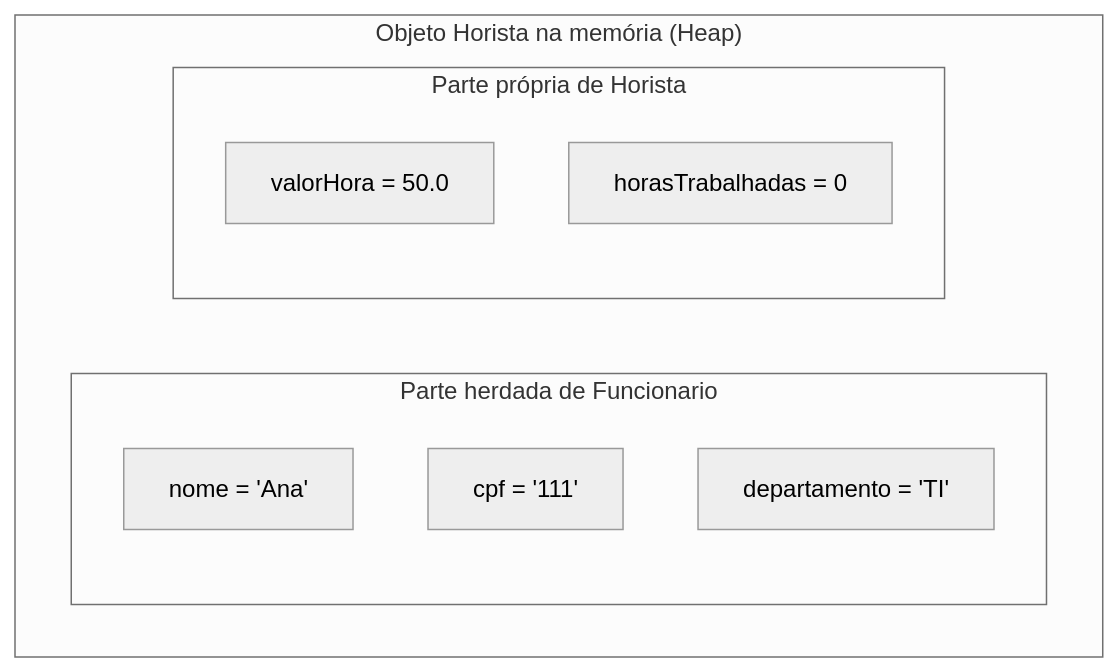
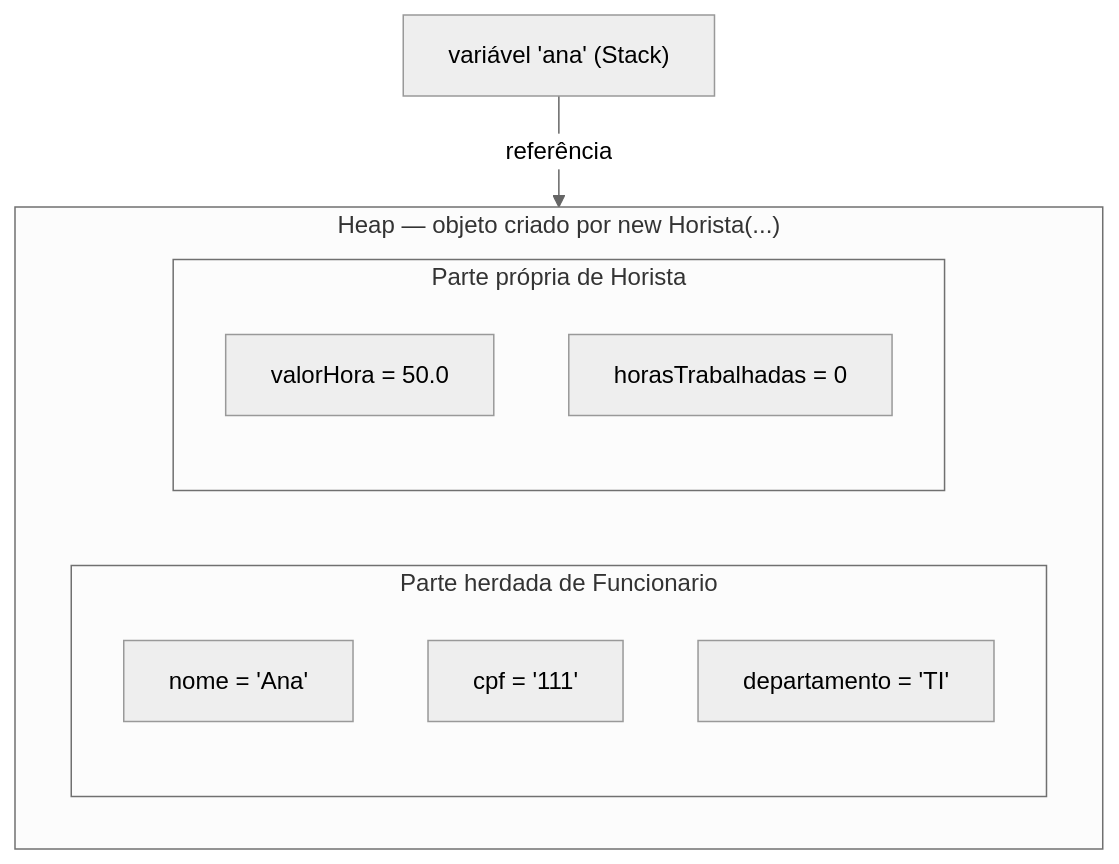
The second of 6 diagrams in src/content/modulo-04/encontro-11.md (emanoelsp/poo-essential-academy), drawn with Mermaid (neutral theme) before and after one commit. The commit also changed other lines of this file and 6 other files, not shown here.

````diff
--- a/src/content/modulo-04/encontro-11.md
+++ b/src/content/modulo-04/encontro-11.md
@@ -198,14 +206,15 @@
 ```mermaid
 flowchart TD
-    subgraph OBJETO["Objeto Horista na memória (Heap)"]
+    subgraph HEAP["Heap — objeto criado por new Horista(...)"]
         subgraph HERDADO["Parte herdada de Funcionario"]
             N["nome = 'Ana'"]
             C["cpf = '111'"]
             D["departamento = 'TI'"]
         end
         subgraph PROPRIO["Parte própria de Horista"]
             VH["valorHora = 50.0"]
             HT["horasTrabalhadas = 0"]
         end
     end
+    REF["variável 'ana' (Stack)"] -->|referência| HEAP
 ```
````
